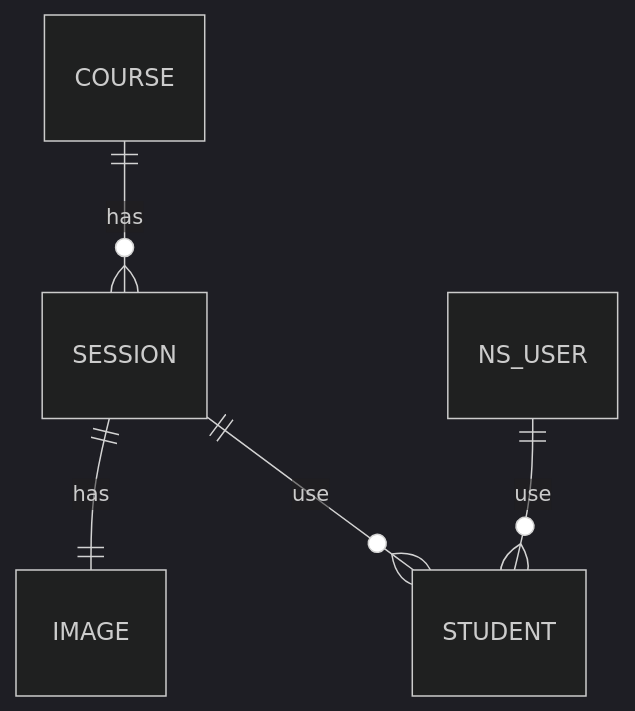
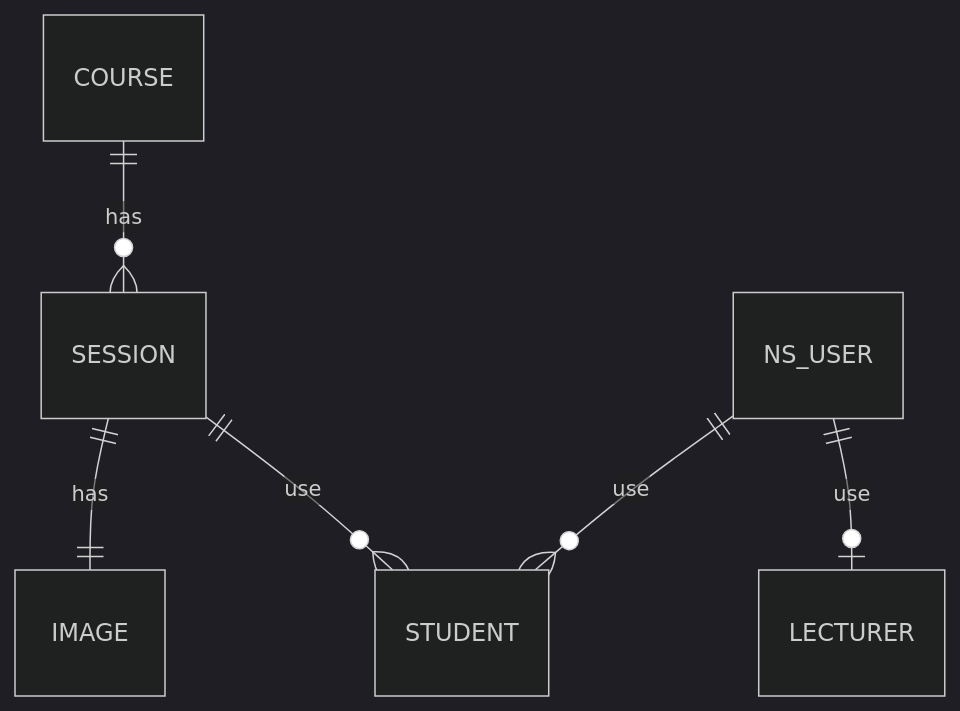
One commit to rhwlgns4386/java-lms changed the diagram in README.md. Above: the diagram before and after it, drawn with Mermaid (dark theme). The commit also changed other lines of this file and 6 other files, not shown here.

````diff
--- a/README.md
+++ b/README.md
@@ -67,7 +67,8 @@
 ```mermaid
 erDiagram
     COURSE ||--o{ SESSION: has
     SESSION ||--|| IMAGE: has
     SESSION ||--o{ STUDENT: use
     NS_USER ||--o{ STUDENT: use
+    NS_USER ||--o| LECTURER: use
 ```
````
